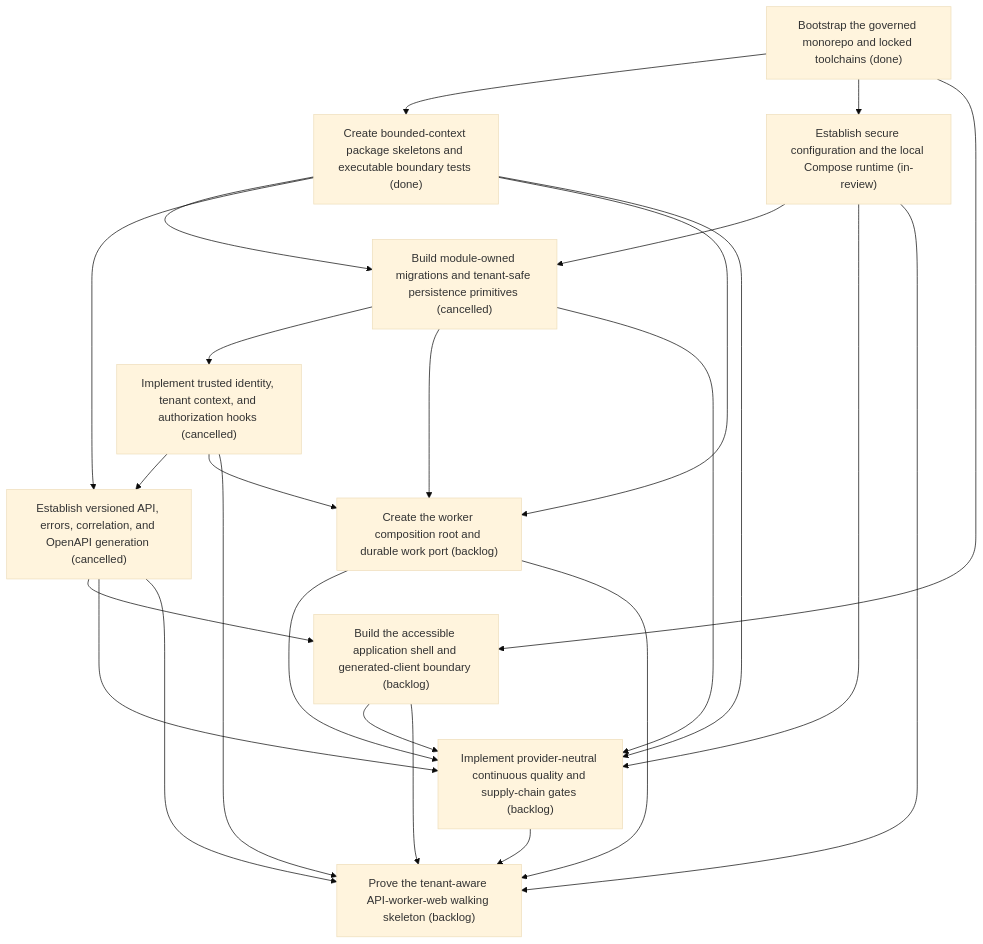
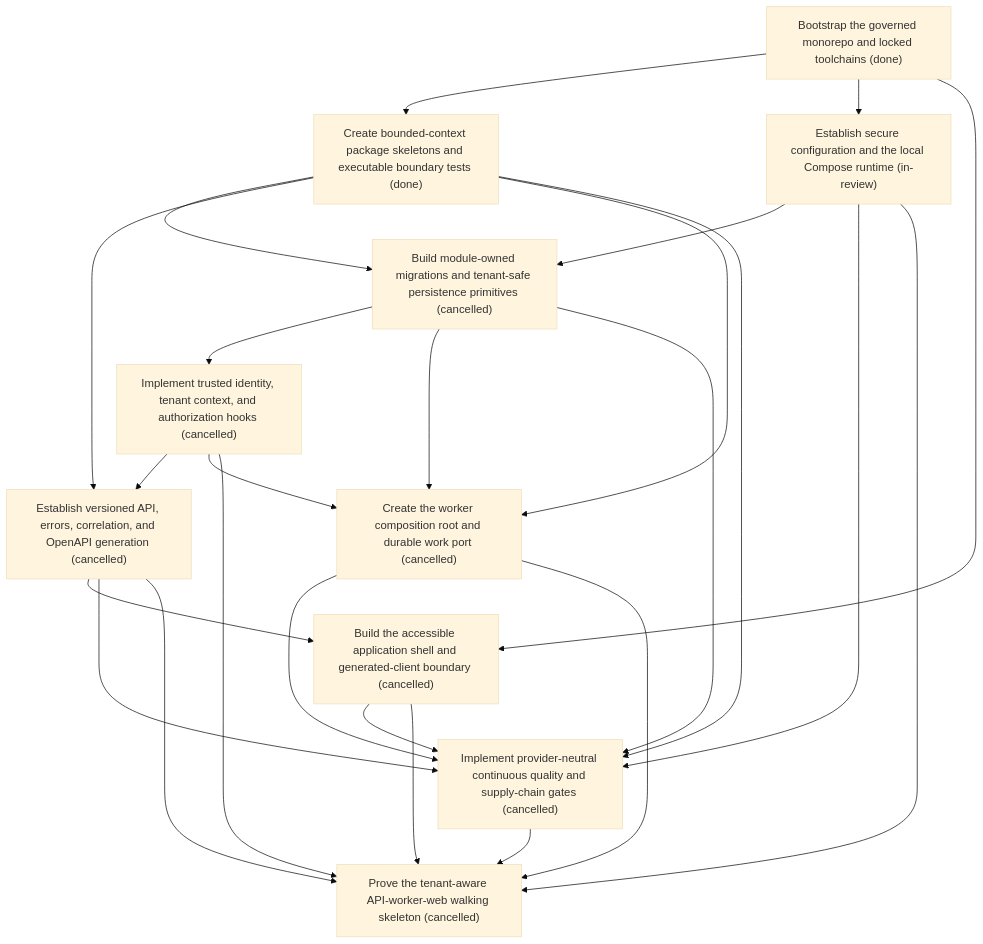
The diagram in .skyhook/plan/epics/CG7VFRWAF177CMZK333E19YND1.md (asadayoub/Evidentia), drawn with Mermaid (base theme) before and after one commit. The commit also changed other lines of this file and 50 other files, not shown here.

Commit message:
chore(skyhook): establish full product story roadmap

````diff
--- a/.skyhook/plan/epics/CG7VFRWAF177CMZK333E19YND1.md
+++ b/.skyhook/plan/epics/CG7VFRWAF177CMZK333E19YND1.md
@@ -29,37 +29,37 @@
 ```mermaid
 flowchart TD
     STORY-007["Bootstrap the governed monorepo and locked toolchains (done)"]
     STORY-008["Create bounded-context package skeletons and executable boundary tests (done)"]
     STORY-007 --> STORY-008
     STORY-009["Establish secure configuration and the local Compose runtime (in-review)"]
     STORY-007 --> STORY-009
     STORY-010["Build module-owned migrations and tenant-safe persistence primitives (cancelled)"]
     STORY-008 --> STORY-010
     STORY-009 --> STORY-010
     STORY-011["Implement trusted identity, tenant context, and authorization hooks (cancelled)"]
     STORY-010 --> STORY-011
     STORY-012["Establish versioned API, errors, correlation, and OpenAPI generation (cancelled)"]
     STORY-008 --> STORY-012
     STORY-011 --> STORY-012
-    STORY-013["Build the accessible application shell and generated-client boundary (backlog)"]
+    STORY-013["Build the accessible application shell and generated-client boundary (cancelled)"]
     STORY-007 --> STORY-013
     STORY-012 --> STORY-013
-    STORY-014["Create the worker composition root and durable work port (backlog)"]
+    STORY-014["Create the worker composition root and durable work port (cancelled)"]
     STORY-008 --> STORY-014
     STORY-010 --> STORY-014
     STORY-011 --> STORY-014
-    STORY-015["Implement provider-neutral continuous quality and supply-chain gates (backlog)"]
+    STORY-015["Implement provider-neutral continuous quality and supply-chain gates (cancelled)"]
     STORY-008 --> STORY-015
     STORY-009 --> STORY-015
     STORY-010 --> STORY-015
     STORY-012 --> STORY-015
     STORY-013 --> STORY-015
     STORY-014 --> STORY-015
-    STORY-016["Prove the tenant-aware API-worker-web walking skeleton (backlog)"]
+    STORY-016["Prove the tenant-aware API-worker-web walking skeleton (cancelled)"]
     STORY-009 --> STORY-016
     STORY-011 --> STORY-016
     STORY-012 --> STORY-016
     STORY-013 --> STORY-016
     STORY-014 --> STORY-016
     STORY-015 --> STORY-016
 ```
````
